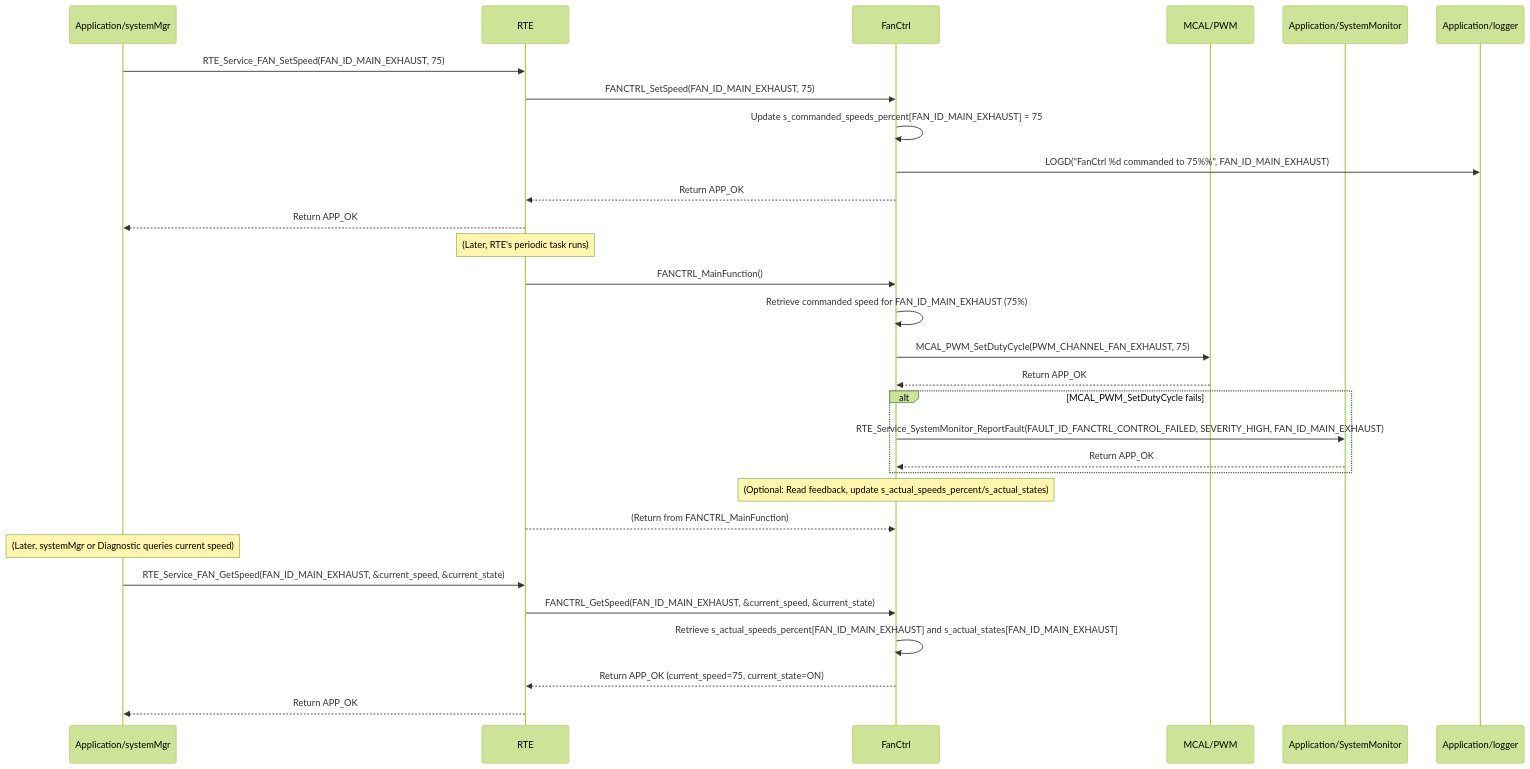
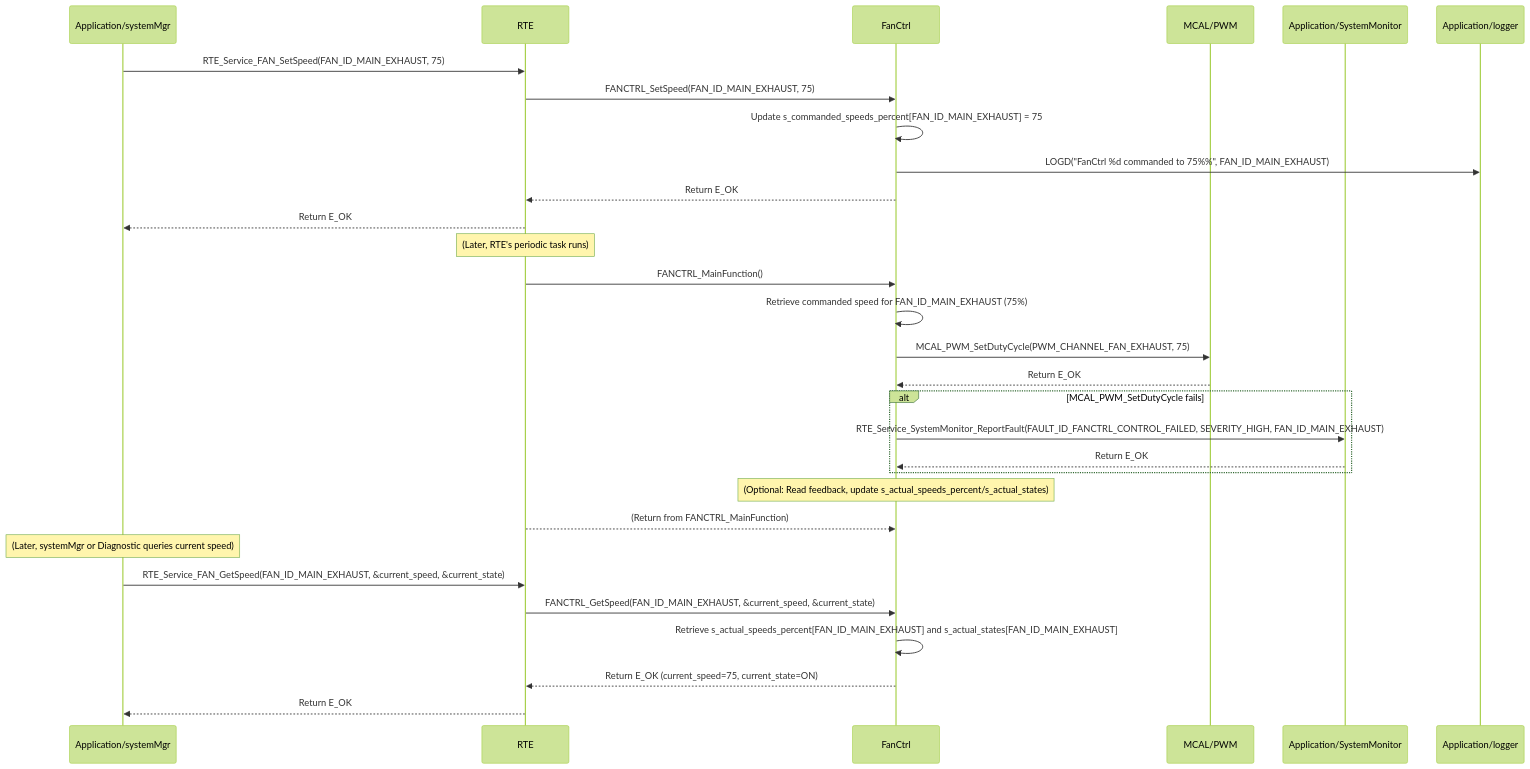
One commit to ashaker-2/Platform changed the diagram in Requiremets/Design/Application/FanControl.md. Above: the diagram before and after it, drawn with Mermaid (forest theme). The commit also changed other lines of this file and 716 other files, not shown here.

````diff
--- a/Requiremets/Design/Application/FanControl.md
+++ b/Requiremets/Design/Application/FanControl.md
@@ -195,35 +195,35 @@
 ```mermaid
 sequenceDiagram  
     participant SystemMgr as Application/systemMgr  
     participant RTE as RTE  
     participant FanCtrl as FanCtrl  
     participant MCAL_PWM as MCAL/PWM  
     participant SystemMonitor as Application/SystemMonitor  
     participant Logger as Application/logger
 
     SystemMgr->>RTE: RTE_Service_FAN_SetSpeed(FAN_ID_MAIN_EXHAUST, 75)  
     RTE->>FanCtrl: FANCTRL_SetSpeed(FAN_ID_MAIN_EXHAUST, 75)  
     FanCtrl->>FanCtrl: Update s_commanded_speeds_percent[FAN_ID_MAIN_EXHAUST] = 75  
     FanCtrl->>Logger: LOGD("FanCtrl %d commanded to 75%%", FAN_ID_MAIN_EXHAUST)  
-    FanCtrl-->>RTE: Return APP_OK  
-    RTE-->>SystemMgr: Return APP_OK
+    FanCtrl-->>RTE: Return E_OK  
+    RTE-->>SystemMgr: Return E_OK
 
     Note over RTE: (Later, RTE's periodic task runs)  
     RTE->>FanCtrl: FANCTRL_MainFunction()  
     FanCtrl->>FanCtrl: Retrieve commanded speed for FAN_ID_MAIN_EXHAUST (75%)  
     FanCtrl->>MCAL_PWM: MCAL_PWM_SetDutyCycle(PWM_CHANNEL_FAN_EXHAUST, 75)  
-    MCAL_PWM-->>FanCtrl: Return APP_OK  
+    MCAL_PWM-->>FanCtrl: Return E_OK  
     alt MCAL_PWM_SetDutyCycle fails  
         FanCtrl->>SystemMonitor: RTE_Service_SystemMonitor_ReportFault(FAULT_ID_FANCTRL_CONTROL_FAILED, SEVERITY_HIGH, FAN_ID_MAIN_EXHAUST)  
-        SystemMonitor-->>FanCtrl: Return APP_OK  
+        SystemMonitor-->>FanCtrl: Return E_OK  
     end  
     Note over FanCtrl: (Optional: Read feedback, update s_actual_speeds_percent/s_actual_states)  
     RTE-->>FanCtrl: (Return from FANCTRL_MainFunction)
 
     Note over SystemMgr: (Later, systemMgr or Diagnostic queries current speed)  
     SystemMgr->>RTE: RTE_Service_FAN_GetSpeed(FAN_ID_MAIN_EXHAUST, &current_speed, &current_state)  
     RTE->>FanCtrl: FANCTRL_GetSpeed(FAN_ID_MAIN_EXHAUST, &current_speed, &current_state)  
     FanCtrl->>FanCtrl: Retrieve s_actual_speeds_percent[FAN_ID_MAIN_EXHAUST] and s_actual_states[FAN_ID_MAIN_EXHAUST]  
-    FanCtrl-->>RTE: Return APP_OK (current_speed=75, current_state=ON)  
-    RTE-->>SystemMgr: Return APP_OK
+    FanCtrl-->>RTE: Return E_OK (current_speed=75, current_state=ON)  
+    RTE-->>SystemMgr: Return E_OK
 ```
````
